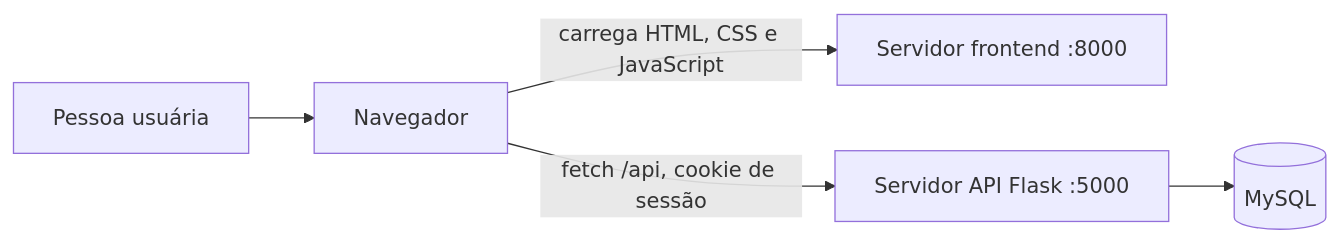
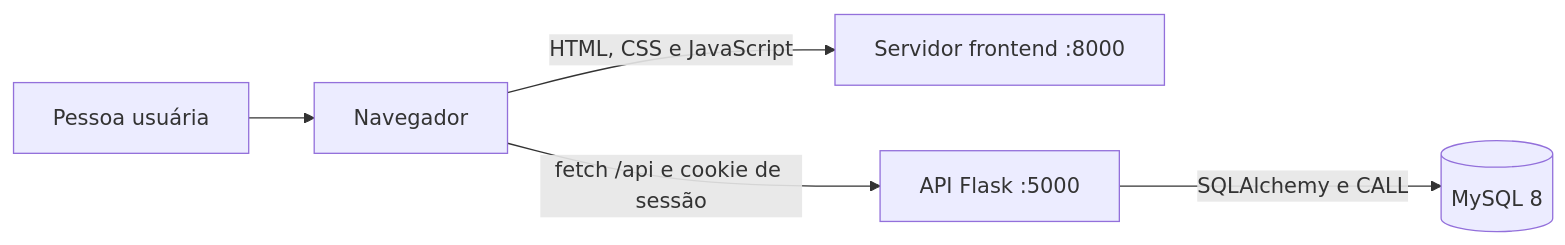
The diagram in README.md (Diethyllether/TrailUp), drawn with Mermaid before and after one commit. The commit also changed other lines of this file and 12 other files, not shown here.

````diff
--- a/README.md
+++ b/README.md
@@ -77,7 +78,7 @@
 ```mermaid
 flowchart LR
   U[Pessoa usuária] --> B[Navegador]
-  B -->|carrega HTML, CSS e JavaScript| F[Servidor frontend :8000]
-  B -->|fetch /api, cookie de sessão| A[Servidor API Flask :5000]
-  A --> M[(MySQL)]
+  B -->|HTML, CSS e JavaScript| F[Servidor frontend :8000]
+  B -->|fetch /api e cookie de sessão| A[API Flask :5000]
+  A -->|SQLAlchemy e CALL| DB[(MySQL 8)]
 ```
````
